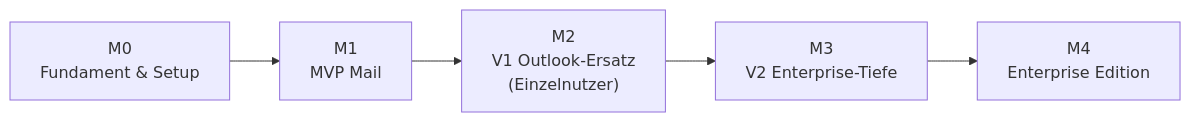
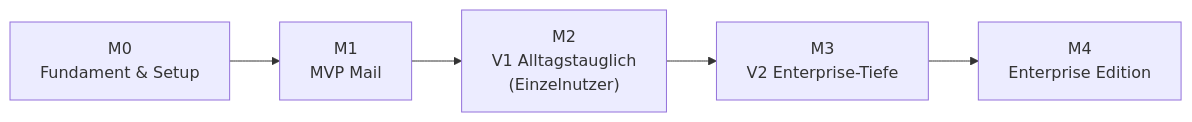
The diagram in docs/08-Entwicklungsplan.md (muckiseftle/ITM-Nexus), drawn with Mermaid before and after one commit. The commit also changed other lines of this file and 18 other files, not shown here.

````diff
--- a/docs/08-Entwicklungsplan.md
+++ b/docs/08-Entwicklungsplan.md
@@ -12,7 +12,7 @@
 ```mermaid
 flowchart LR
     M0["M0\nFundament & Setup"] --> M1["M1\nMVP Mail"]
-    M1 --> M2["M2\nV1 Outlook-Ersatz\n(Einzelnutzer)"]
+    M1 --> M2["M2\nV1 Alltagstauglich\n(Einzelnutzer)"]
     M2 --> M3["M3\nV2 Enterprise-Tiefe"]
     M3 --> M4["M4\nEnterprise Edition"]
 ```
````
